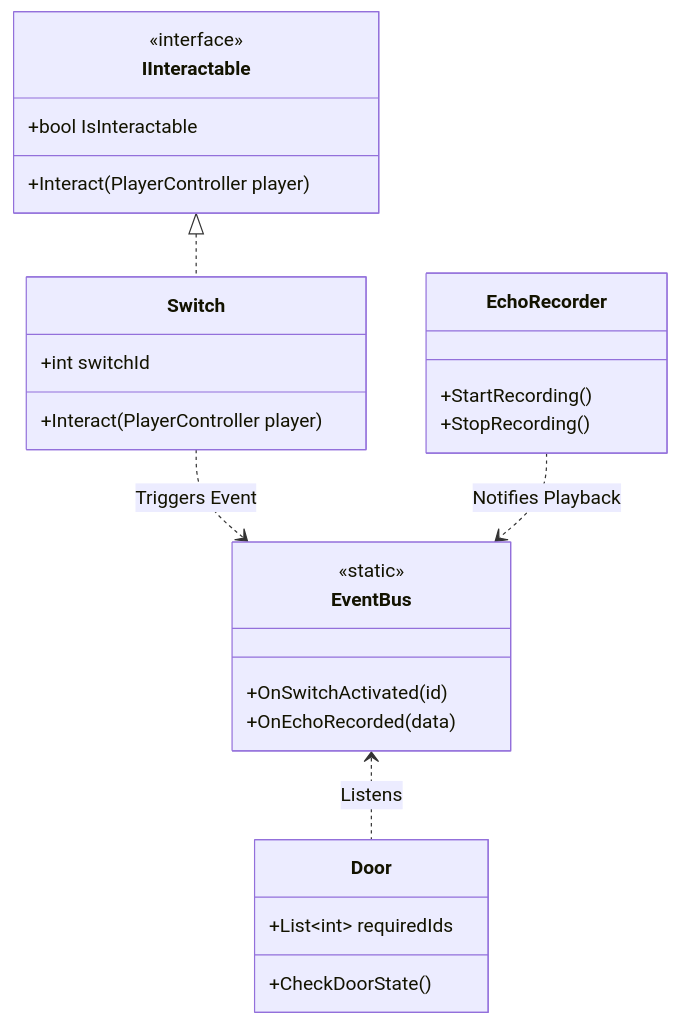
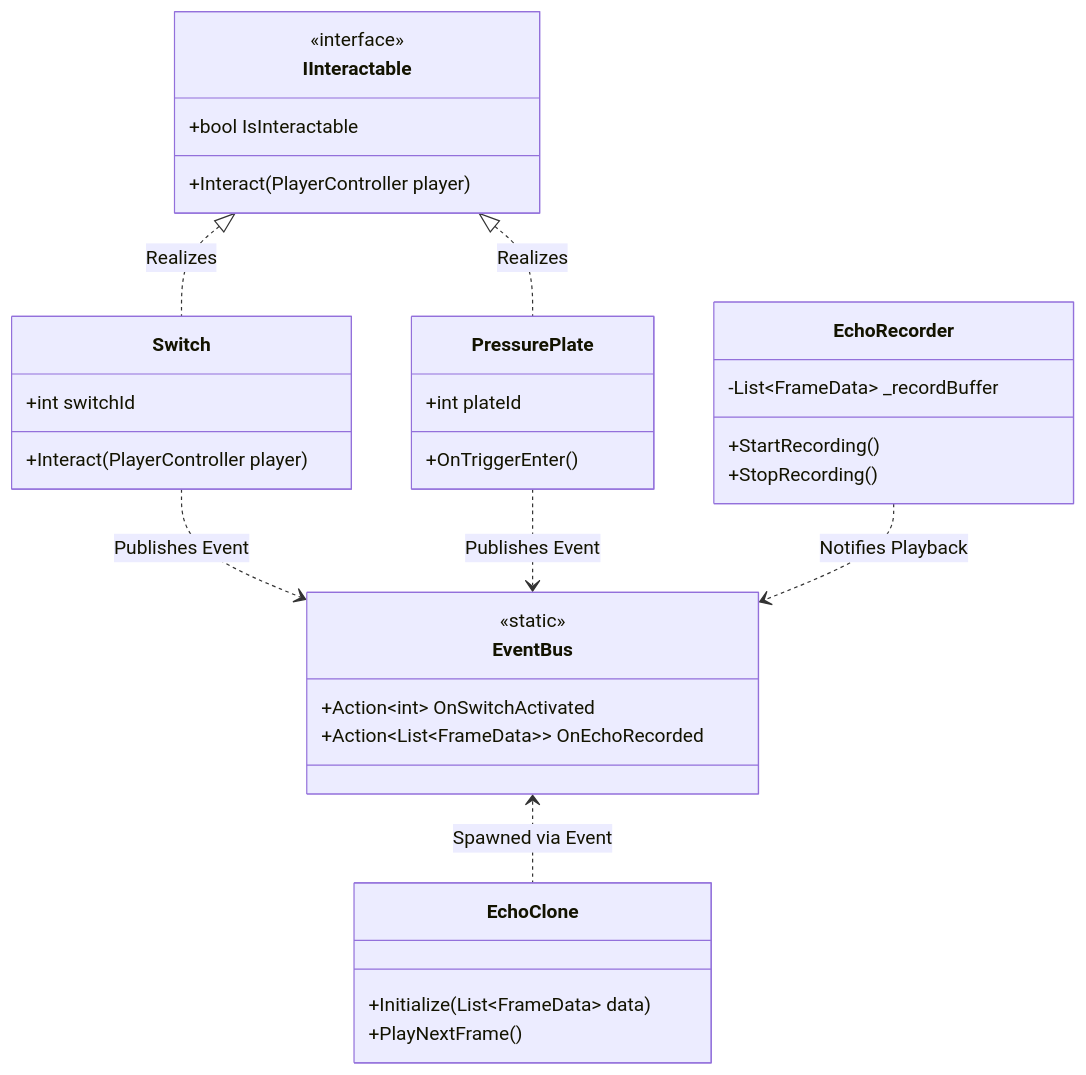
The first of 2 diagrams in README.md (yagizemreozbilge/EchoGrid), drawn with Mermaid before and after one commit. The commit also changed other lines of this file and 1 other file, not shown here.

````diff
--- a/README.md
+++ b/README.md
@@ -49,30 +45,43 @@
 ```mermaid
 classDiagram
+    direction TB
     class IInteractable {
         <<interface>>
         +bool IsInteractable
         +Interact(PlayerController player)
     }
+    
     class Switch {
         +int switchId
         +Interact(PlayerController player)
     }
-    class Door {
-        +List~int~ requiredIds
-        +CheckDoorState()
+    
+    class PressurePlate {
+        +int plateId
+        +OnTriggerEnter()
     }
+
     class EventBus {
         <<static>>
-        +OnSwitchActivated(id)
-        +OnEchoRecorded(data)
+        +Action~int~ OnSwitchActivated
+        +Action~List~FrameData~~ OnEchoRecorded
     }
+
     class EchoRecorder {
+        -List~FrameData~ _recordBuffer
         +StartRecording()
         +StopRecording()
     }
+    
+    class EchoClone {
+        +Initialize(List~FrameData~ data)
+        +PlayNextFrame()
+    }
 
-    IInteractable <|.. Switch
-    Switch ..> EventBus : Triggers Event
-    EventBus <.. Door : Listens
+    IInteractable <|.. Switch : Realizes
+    IInteractable <|.. PressurePlate : Realizes
+    Switch ..> EventBus : Publishes Event
+    PressurePlate ..> EventBus : Publishes Event
     EchoRecorder ..> EventBus : Notifies Playback
+    EventBus <.. EchoClone : Spawned via Event
 ```
````
